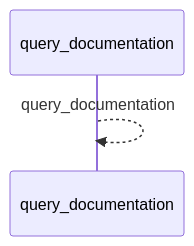
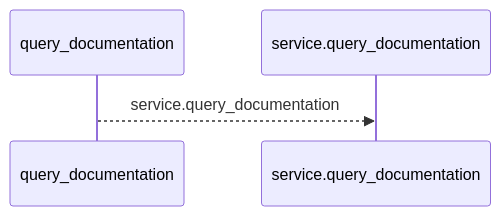
Before and after one commit to Denissvgn/python-wiki-llm: the first of 2 diagrams in docs/llm_wiki/flows/mcp-query_documentation.md, drawn with Mermaid. The commit also changed other lines of this file and 719 other files, not shown here.

````diff
--- a/docs/llm_wiki/flows/mcp-query_documentation.md
+++ b/docs/llm_wiki/flows/mcp-query_documentation.md
@@ -10,5 +10,6 @@
 ```mermaid
 sequenceDiagram
     participant p0 as query_documentation
-    p0-->>p0: query_documentation
+    participant p1 as service.query_documentation
+    p0-->>p1: service.query_documentation
 ```
````
